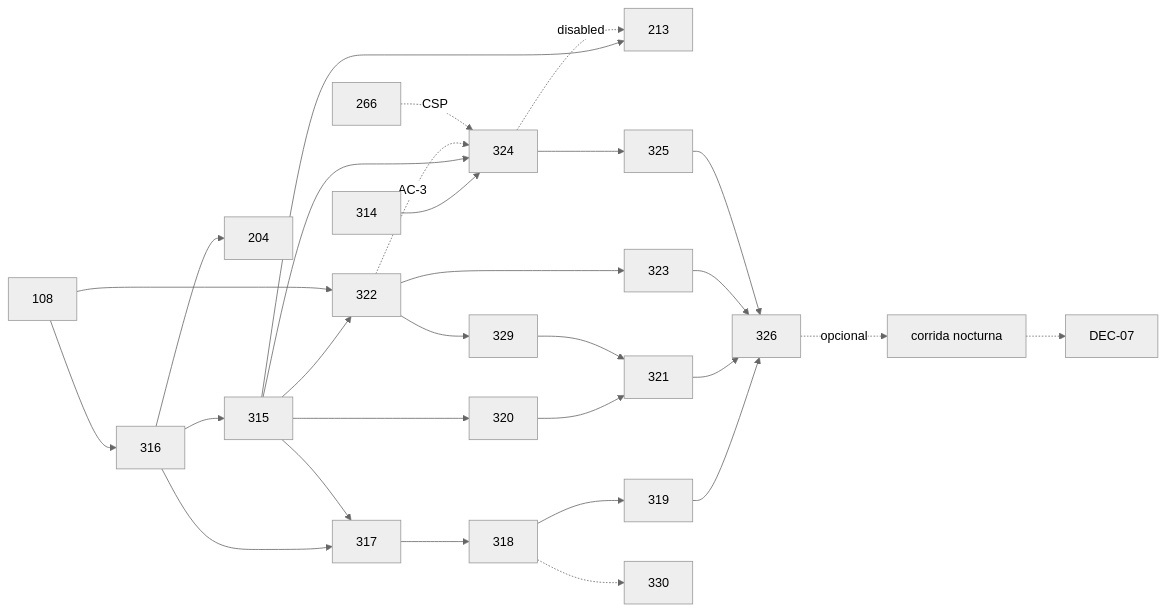
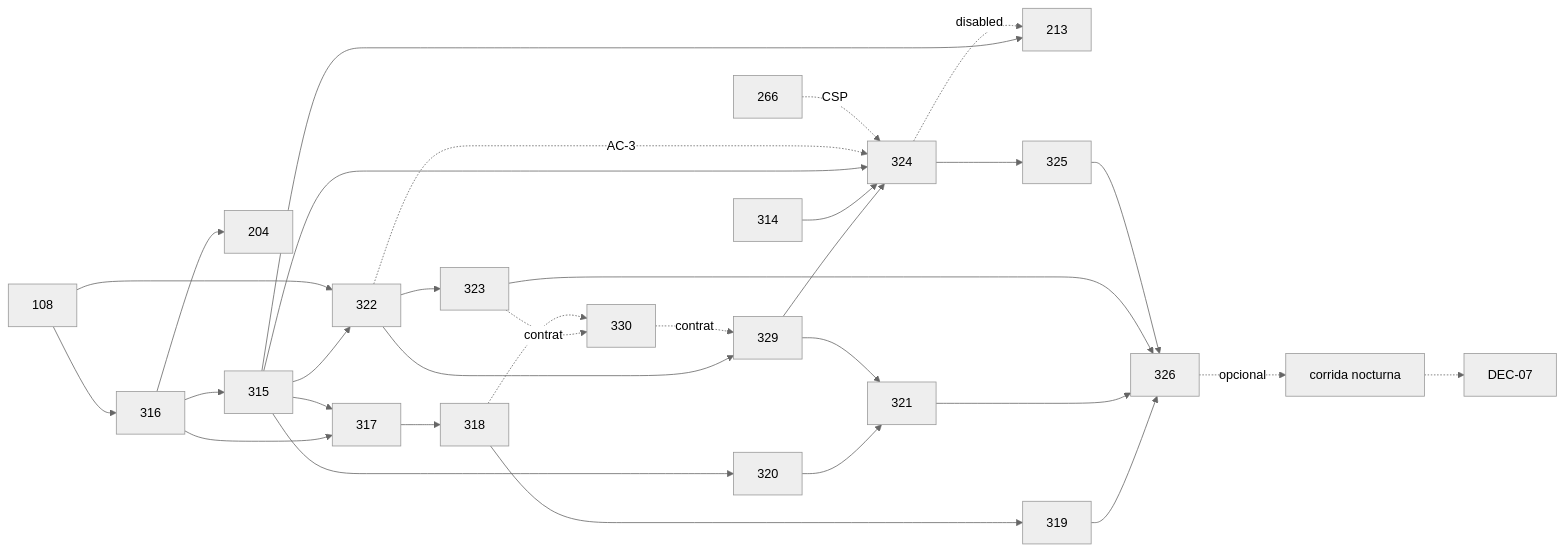
One commit to hatrickmario/OncoLens-Lab changed the diagram in backlog/sprints/S6-plan.md. Above: the diagram before and after it, drawn with Mermaid (neutral theme). The commit also changed other lines of this file and 17 other files, not shown here.

````diff
--- a/backlog/sprints/S6-plan.md
+++ b/backlog/sprints/S6-plan.md
@@ -64,22 +65,24 @@
 ```mermaid
 flowchart LR
   108 --> 316 --> 315 --> 320 --> 321
   316 --> 317 --> 318 --> 319
   315 --> 317
   316 --> 204
   315 --> 322 --> 323
   322 --> 329 --> 321
+  329 --> 324
+  323 -.contrato.-> 330 -.contrato.-> 329
   318 -.-> 330
   108 --> 322
   315 --> 213
   314 --> 324 --> 325
   315 --> 324
   322 -.AC-3.-> 324
   266 -.CSP.-> 324
   324 -.disabled.-> 213
   319 --> 326
   321 --> 326
   323 --> 326
   325 --> 326
   326 -.opcional.-> N[corrida nocturna] -.-> D07[DEC-07]
 ```
````
